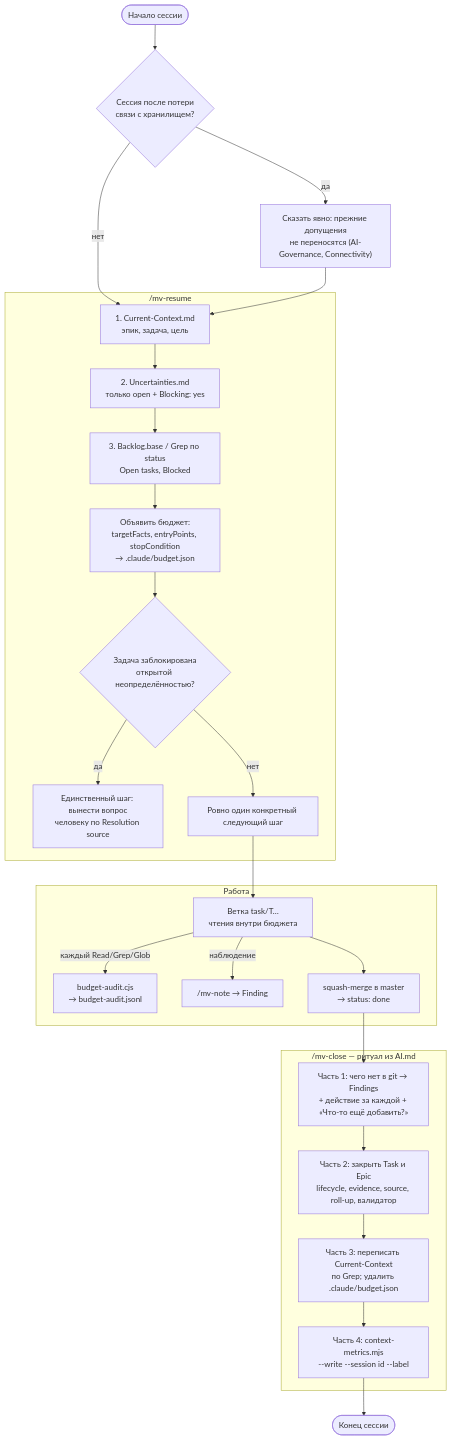
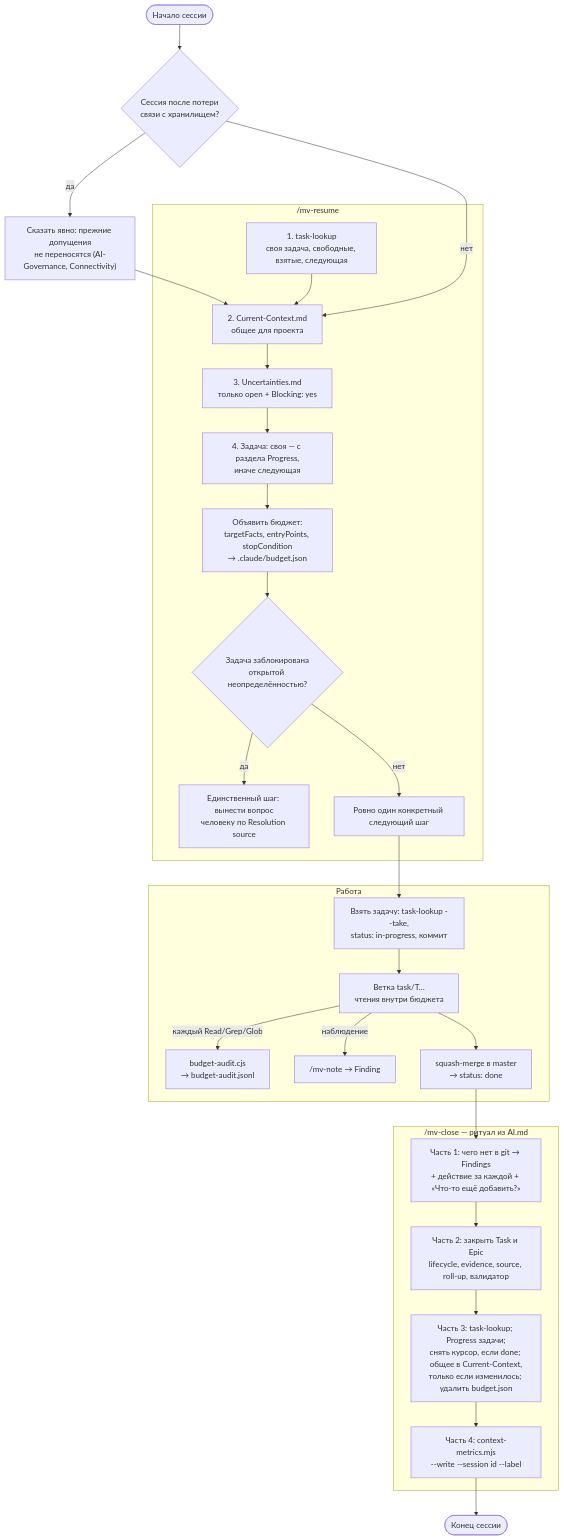
Before and after one commit to GoodJaa/MemoValeOS: the diagram in Docs/05-Project-OS/05-4-Session-Lifecycle.md, drawn with Mermaid. The commit also changed other lines of this file and 42 other files, not shown here.

First line of the commit message:
MemoValeOS os-v8: several developers in one vault — task-lookup, hand-over through the Task, shared Current Context

````diff
--- a/Docs/05-Project-OS/05-4-Session-Lifecycle.md
+++ b/Docs/05-Project-OS/05-4-Session-Lifecycle.md
@@ -19,28 +29,30 @@
 ```mermaid
 flowchart TD
   S([Начало сессии]) --> CN{Сессия после потери<br/>связи с хранилищем?}
   CN -- да --> RO["Сказать явно: прежние допущения<br/>не переносятся (AI-Governance, Connectivity)"]
   CN -- нет --> R1
   RO --> R1
   subgraph RESUME["/mv-resume"]
-    R1["1. Current-Context.md<br/>эпик, задача, цель"] --> R2["2. Uncertainties.md<br/>только open + Blocking: yes"]
-    R2 --> R3["3. Backlog.base / Grep по status<br/>Open tasks, Blocked"]
+    R0["1. task-lookup<br/>своя задача, свободные, взятые, следующая"] --> R1["2. Current-Context.md<br/>общее для проекта"]
+    R1 --> R2["3. Uncertainties.md<br/>только open + Blocking: yes"]
+    R2 --> R3["4. Задача: своя — с раздела Progress,<br/>иначе следующая"]
     R3 --> B["Объявить бюджет:<br/>targetFacts, entryPoints, stopCondition<br/>→ .claude/budget.json"]
     B --> NX{"Задача заблокирована<br/>открытой неопределённостью?"}
     NX -- да --> HU["Единственный шаг: вынести вопрос<br/>человеку по Resolution source"]
     NX -- нет --> ONE["Ровно один конкретный следующий шаг"]
   end
-  ONE --> W
+  ONE --> TK
   subgraph WORK["Работа"]
+    TK["Взять задачу: task-lookup --take,<br/>status: in-progress, коммит"] --> W
     W["Ветка task/T…<br/>чтения внутри бюджета"] -->|"каждый Read/Grep/Glob"| HK["budget-audit.cjs<br/>→ budget-audit.jsonl"]
     W -->|"наблюдение"| NT["/mv-note → Finding"]
     W --> MG["squash-merge в master<br/>→ status: done"]
   end
   MG --> C1
   subgraph CLOSE["/mv-close — ритуал из AI.md"]
     C1["Часть 1: чего нет в git → Findings<br/>+ действие за каждой + «Что-то ещё добавить?»"] --> C2["Часть 2: закрыть Task и Epic<br/>lifecycle, evidence, source, roll-up, валидатор"]
-    C2 --> C3["Часть 3: переписать Current-Context<br/>по Grep; удалить .claude/budget.json"]
+    C2 --> C3["Часть 3: task-lookup; Progress задачи;<br/>снять курсор, если done; общее в Current-Context,<br/>только если изменилось; удалить budget.json"]
     C3 --> C4["Часть 4: context-metrics.mjs<br/>--write --session id --label"]
   end
   C4 --> E([Конец сессии])
 ```
````
